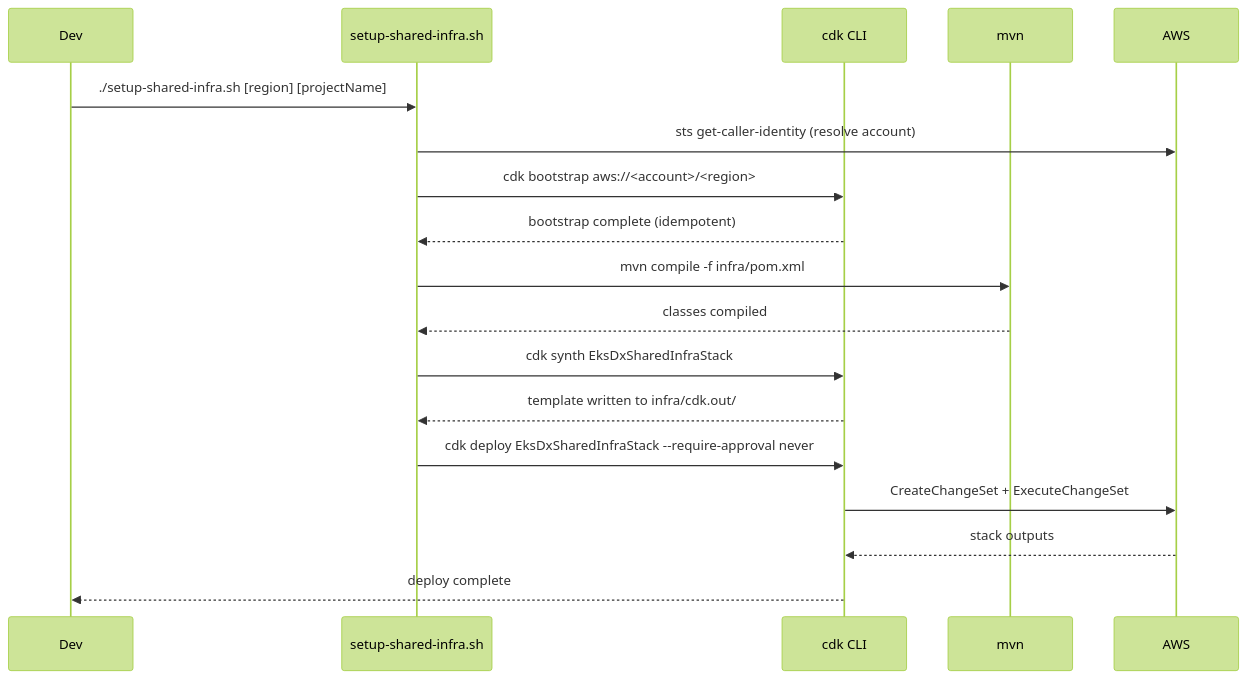
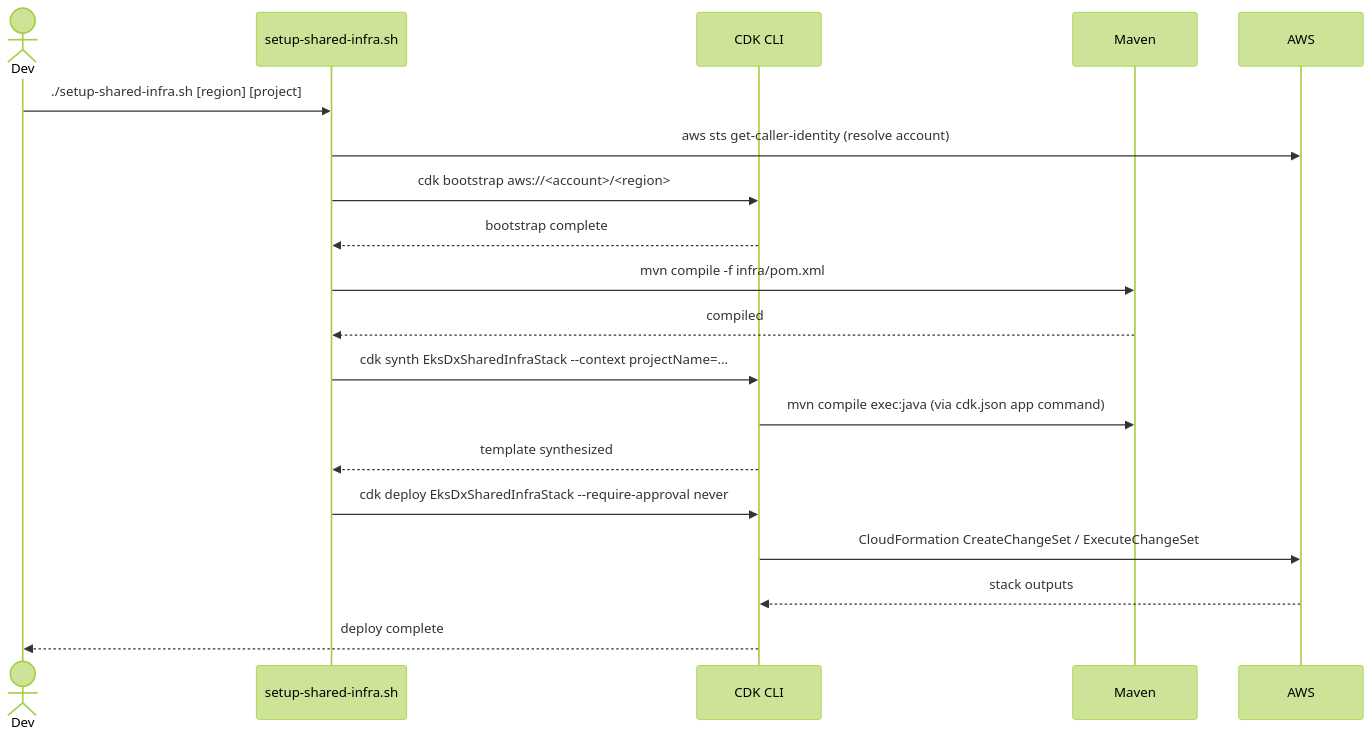
Before and after one commit to codriverlabs/express-compute-managed-k8s-infra: the first of 4 diagrams in .agents/summary/workflows.md, drawn with Mermaid (forest theme). The commit also changed other lines of this file and 9 other files, not shown here.

````diff
--- a/.agents/summary/workflows.md
+++ b/.agents/summary/workflows.md
@@ -5,21 +5,22 @@
 ```mermaid
 sequenceDiagram
-    participant Dev
+    actor Dev
     participant Script as setup-shared-infra.sh
-    participant CDK as cdk CLI
-    participant Maven as mvn
+    participant CDK as CDK CLI
+    participant Maven as Maven
     participant AWS
 
-    Dev->>Script: ./setup-shared-infra.sh [region] [projectName]
-    Script->>AWS: sts get-caller-identity (resolve account)
+    Dev->>Script: ./setup-shared-infra.sh [region] [project]
+    Script->>AWS: aws sts get-caller-identity (resolve account)
     Script->>CDK: cdk bootstrap aws://<account>/<region>
-    CDK-->>Script: bootstrap complete (idempotent)
+    CDK-->>Script: bootstrap complete
     Script->>Maven: mvn compile -f infra/pom.xml
-    Maven-->>Script: classes compiled
-    Script->>CDK: cdk synth EksDxSharedInfraStack
-    CDK-->>Script: template written to infra/cdk.out/
+    Maven-->>Script: compiled
+    Script->>CDK: cdk synth EksDxSharedInfraStack --context projectName=...
+    CDK->>Maven: mvn compile exec:java (via cdk.json app command)
+    CDK-->>Script: template synthesized
     Script->>CDK: cdk deploy EksDxSharedInfraStack --require-approval never
-    CDK->>AWS: CreateChangeSet + ExecuteChangeSet
+    CDK->>AWS: CloudFormation CreateChangeSet / ExecuteChangeSet
     AWS-->>CDK: stack outputs
     CDK-->>Dev: deploy complete
 ```
````
